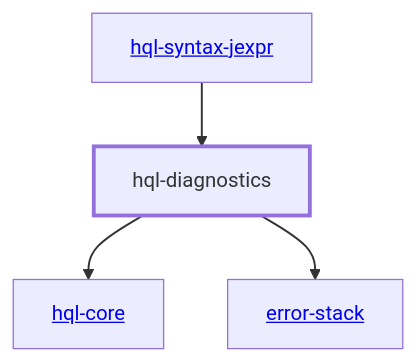
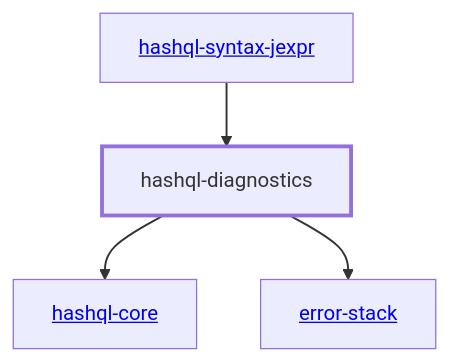
The diagram in libs/@local/hashql/diagnostics/docs/dependency-diagram.mmd (hashintel/hash), drawn with Mermaid before and after one commit. The commit also changed 7 other files, not shown here.

Commit message:
fix: dependency diagram

```diff
--- a/libs/@local/hashql/diagnostics/docs/dependency-diagram.mmd
+++ b/libs/@local/hashql/diagnostics/docs/dependency-diagram.mmd
@@ -1,18 +1,18 @@
 graph TD
     linkStyle default stroke-width:1.5px
     classDef default stroke-width:1px
     classDef root stroke-width:3px
     classDef dev stroke-width:1px
     classDef build stroke-width:1px
     %% Legend
     %% --> : Normal dependency
     %% -.-> : Dev dependency
     %% ---> : Build dependency
-    0[<a href="../hashql_syntax_jexpr/index.html">hql-syntax-jexpr</a>]
-    1[<a href="../hashql_core/index.html">hql-core</a>]
-    2[hql-diagnostics]
+    0[<a href="../hashql_syntax_jexpr/index.html">hashql-syntax-jexpr</a>]
+    1[<a href="../hashql_core/index.html">hashql-core</a>]
+    2[hashql-diagnostics]
     class 2 root
     3[<a href="../error_stack/index.html">error-stack</a>]
     2 --> 1
     2 --> 3
     0 --> 2
```
